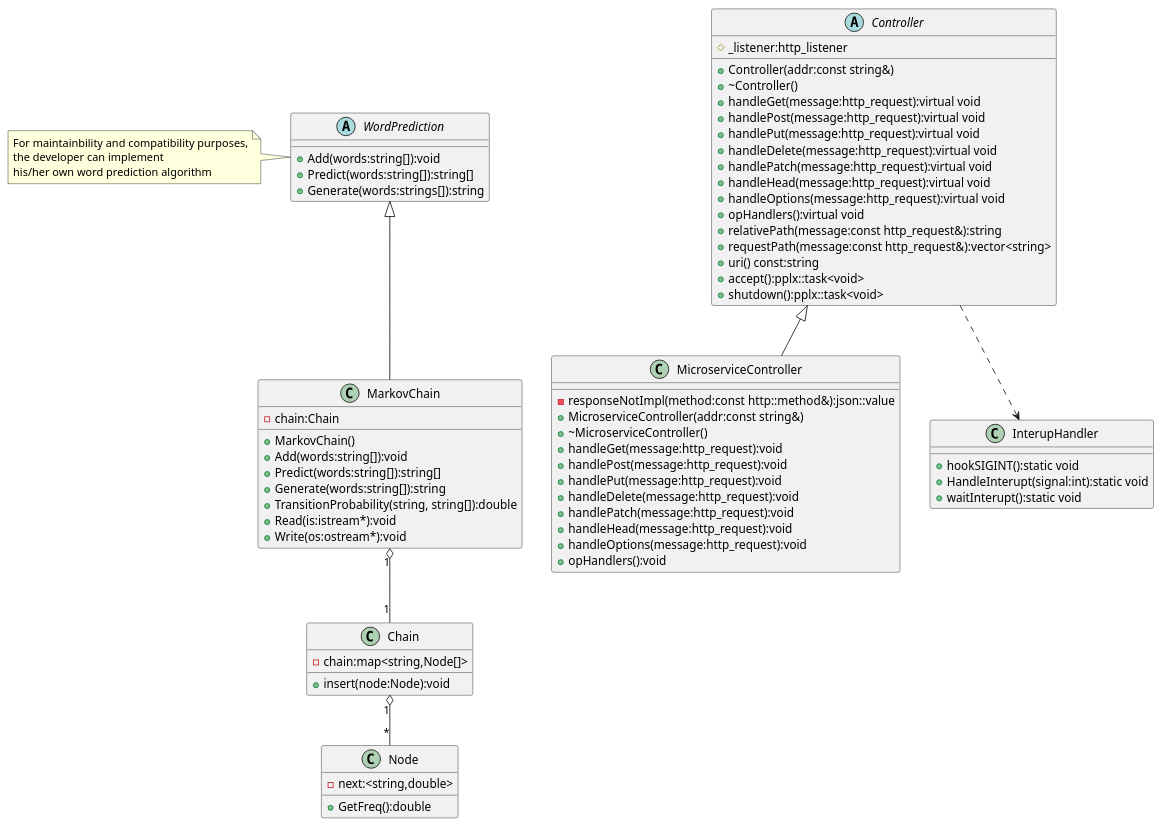
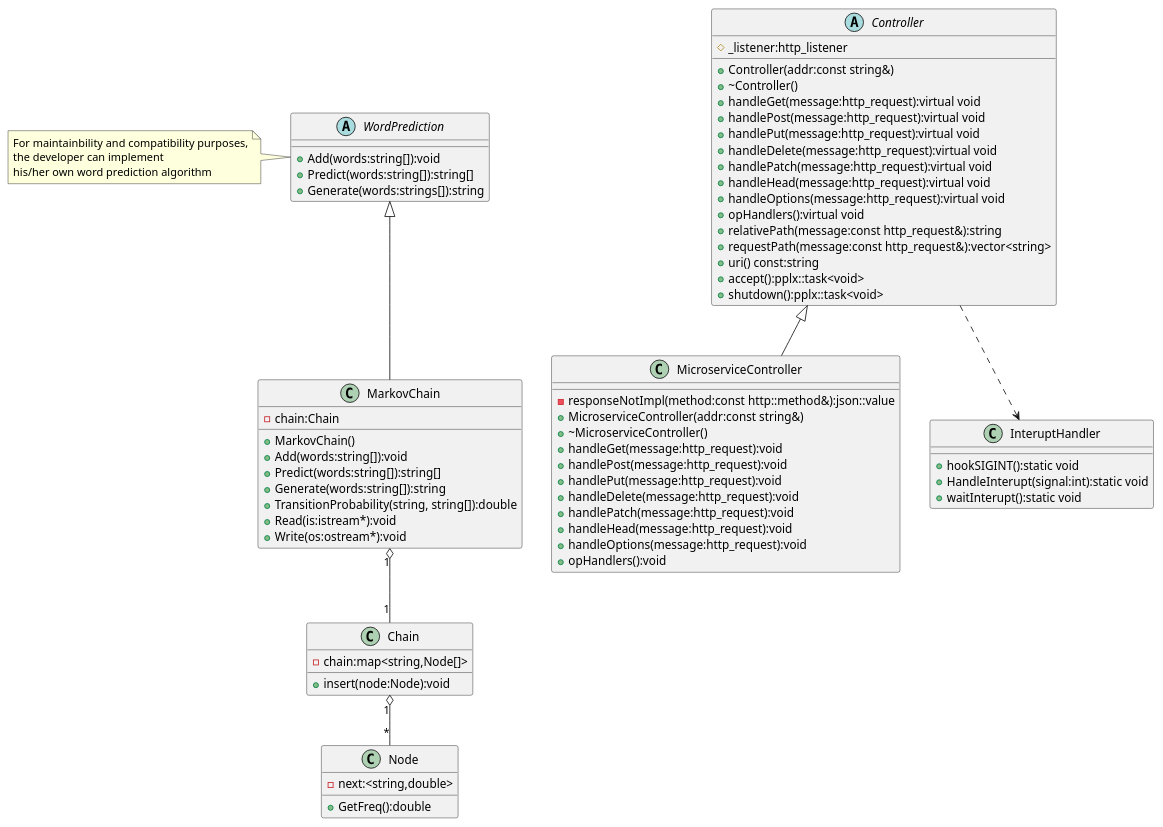
The diagram in markovplay.puml (afairon/markov-cpp-playground), drawn with PlantUML before and after one commit. The commit also changed 8 other files, not shown here.

```diff
--- a/markovplay.puml
+++ b/markovplay.puml
@@ -1,82 +1,82 @@
 @startuml Markov Playground
 
 skinparam classFontSize 16
 skinparam ClassAttributeFontSize 14
 
 abstract Controller {
     #_listener:http_listener
     +Controller(addr:const string&)
     +~Controller()
     +handleGet(message:http_request):virtual void
     +handlePost(message:http_request):virtual void
     +handlePut(message:http_request):virtual void
     +handleDelete(message:http_request):virtual void
     +handlePatch(message:http_request):virtual void
     +handleHead(message:http_request):virtual void
     +handleOptions(message:http_request):virtual void
     +opHandlers():virtual void
     +relativePath(message:const http_request&):string
     +requestPath(message:const http_request&):vector<string>
     +uri() const:string
     +accept():pplx::task<void>
     +shutdown():pplx::task<void>
 }
 
 class MicroserviceController {
     -responseNotImpl(method:const http::method&):json::value
     +MicroserviceController(addr:const string&)
     +~MicroserviceController()
     +handleGet(message:http_request):void
     +handlePost(message:http_request):void
     +handlePut(message:http_request):void
     +handleDelete(message:http_request):void
     +handlePatch(message:http_request):void
     +handleHead(message:http_request):void
     +handleOptions(message:http_request):void
     +opHandlers():void
 }
 
-class InterupHandler {
+class InteruptHandler {
     +hookSIGINT():static void
     +HandleInterupt(signal:int):static void
     +waitInterupt():static void
 }
 
 Controller <|-- MicroserviceController
-Controller ..> InterupHandler
+Controller ..> InteruptHandler
 
 abstract class WordPrediction {
     {method}+Add(words:string[]):void
     {method}+Predict(words:string[]):string[]
     {method}+Generate(words:strings[]):string
 }
 
 Class MarkovChain {
     {field}-chain:Chain
     {method}+MarkovChain()
     {method}+Add(words:string[]):void
     {method}+Predict(words:string[]):string[]
     {method}+Generate(words:string[]):string
     {method}+TransitionProbability(string, string[]):double
     {method}+Read(is:istream*):void
     {method}+Write(os:ostream*):void
 }
 
 class Chain {
     {field}-chain:map<string,Node[]>
     {method}+insert(node:Node):void
 }
 
 class Node {
     {field}-next:<string,double>
     {method}+GetFreq():double
 }
 
 ' Word prediction
 WordPrediction <|-- MarkovChain
 MarkovChain "1" o-- "1" Chain
 Chain "1" o-- "*" Node
 
 note left of WordPrediction : For maintainbility and compatibility purposes,\nthe developer can implement\nhis/her own word prediction algorithm
 
 @enduml
```
